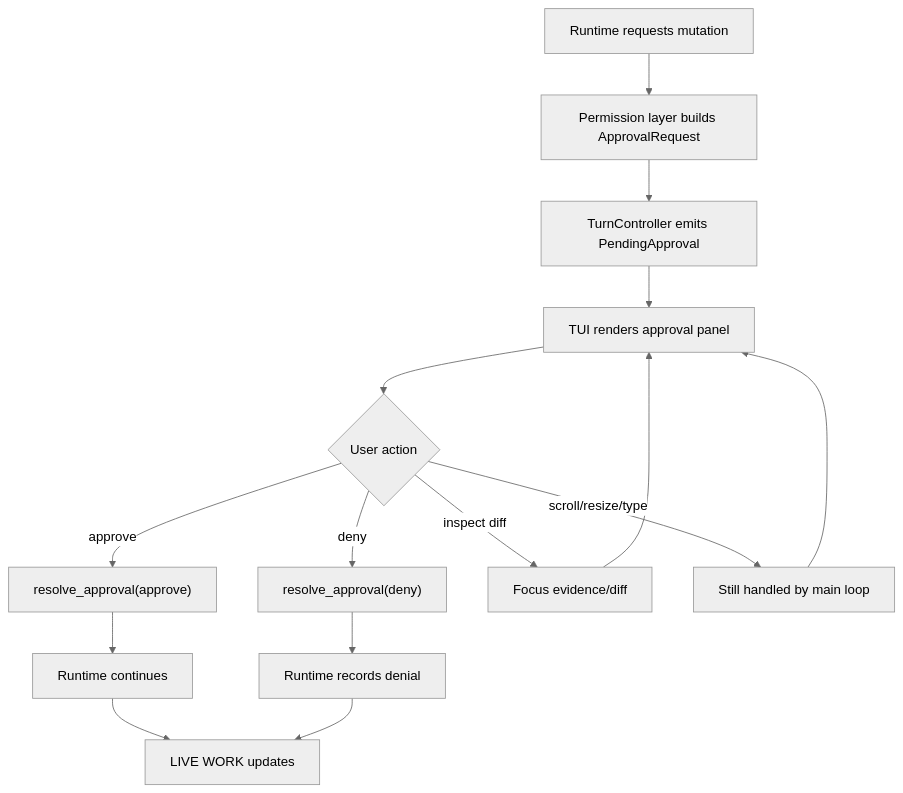
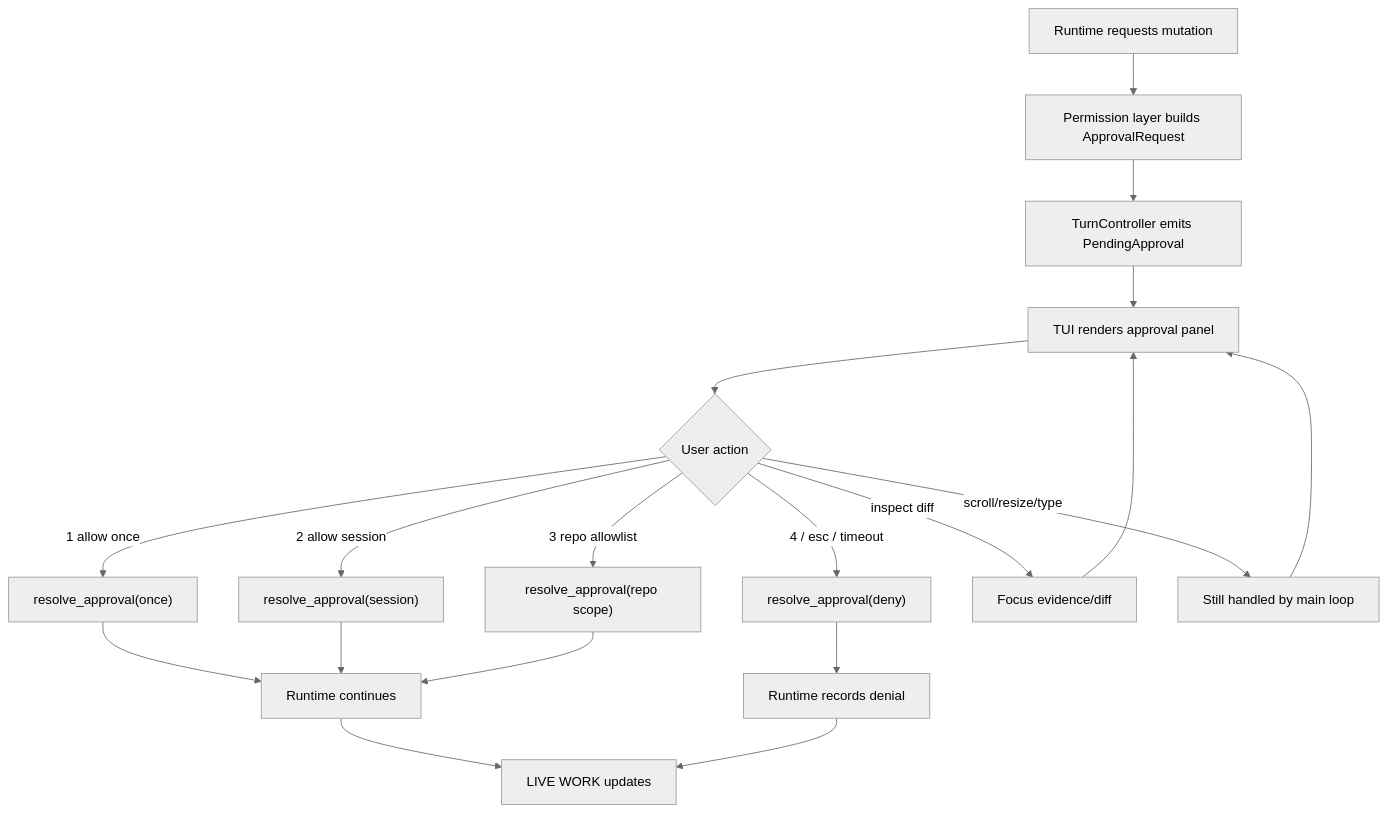
The sixth of 10 diagrams in docs/tui-interaction-flow-design.md (wikieden/robocode), drawn with Mermaid (neutral theme) before and after one commit. The commit also changed other lines of this file and 18 other files, not shown here.

````diff
--- a/docs/tui-interaction-flow-design.md
+++ b/docs/tui-interaction-flow-design.md
@@ -206,17 +209,21 @@
 ```mermaid
 flowchart TD
     A["Runtime requests mutation"] --> B["Permission layer builds ApprovalRequest"]
     B --> C["TurnController emits PendingApproval"]
     C --> D["TUI renders approval panel"]
     D --> E{"User action"}
-    E -->|approve| F["resolve_approval(approve)"]
-    E -->|deny| G["resolve_approval(deny)"]
-    E -->|inspect diff| H["Focus evidence/diff"]
-    E -->|scroll/resize/type| I["Still handled by main loop"]
-    H --> D
-    I --> D
-    F --> J["Runtime continues"]
-    G --> K["Runtime records denial"]
-    J --> L["LIVE WORK updates"]
-    K --> L
+    E -->|1 allow once| F["resolve_approval(once)"]
+    E -->|2 allow session| G["resolve_approval(session)"]
+    E -->|3 repo allowlist| H["resolve_approval(repo scope)"]
+    E -->|4 / esc / timeout| I["resolve_approval(deny)"]
+    E -->|inspect diff| J["Focus evidence/diff"]
+    E -->|scroll/resize/type| K["Still handled by main loop"]
+    J --> D
+    K --> D
+    F --> L["Runtime continues"]
+    G --> L
+    H --> L
+    I --> M["Runtime records denial"]
+    L --> N["LIVE WORK updates"]
+    M --> N
 ```
````
